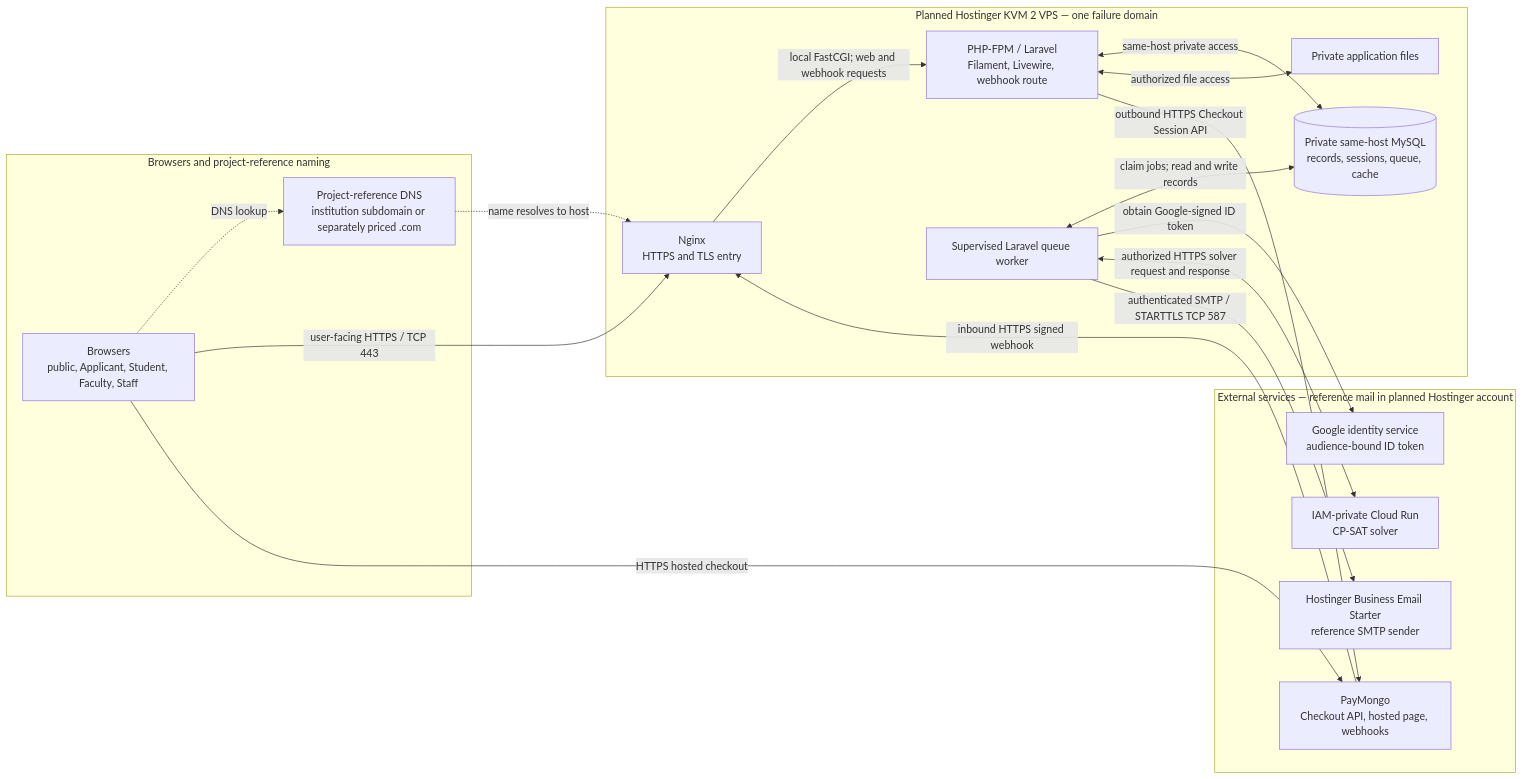
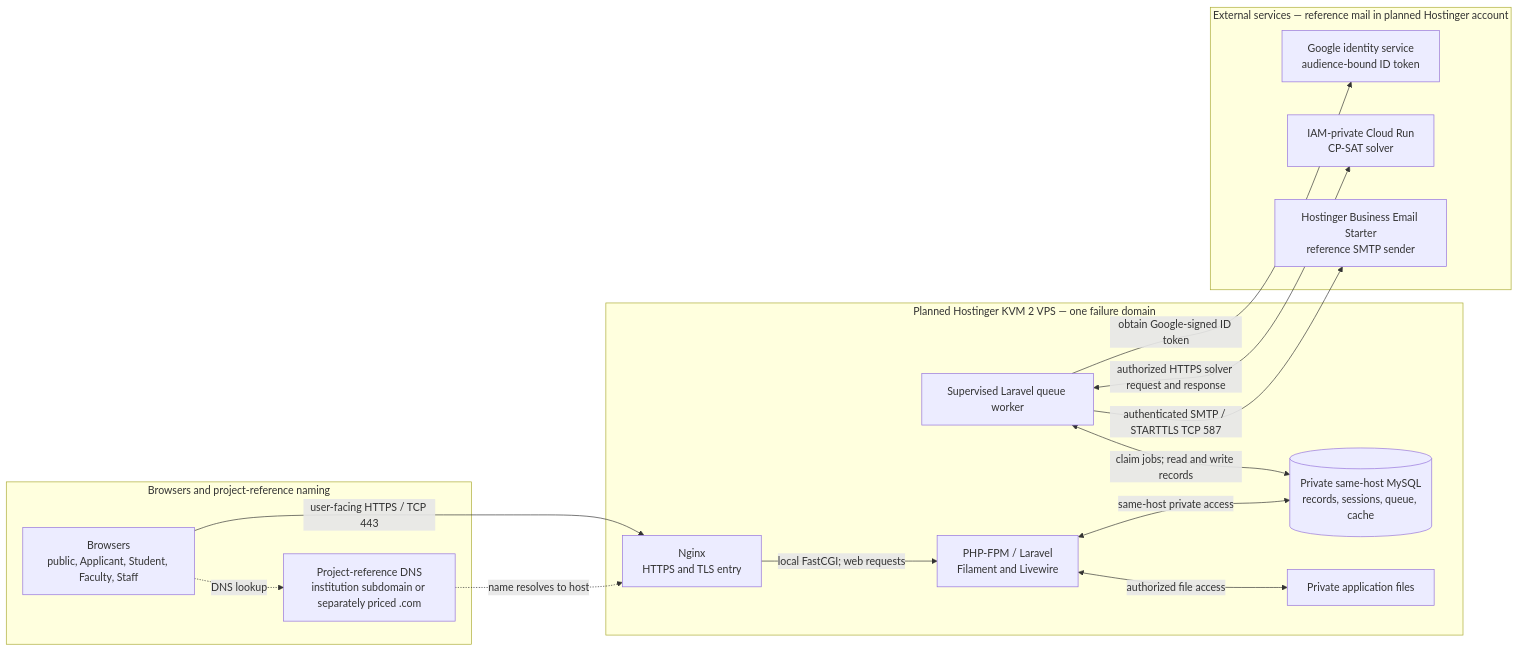
Before and after one commit to yosoykyle/SIA-TALA: the third of 5 diagrams in 00_Project_Documents/architecture_specification.md, drawn with Mermaid. The commit also changed other lines of this file and 351 other files, not shown here.

````diff
--- a/00_Project_Documents/architecture_specification.md
+++ b/00_Project_Documents/architecture_specification.md
@@ -835,36 +749,32 @@
 ```mermaid
 flowchart LR
     subgraph Clients["Browsers and project-reference naming"]
         Browser["Browsers<br/>public, Applicant, Student, Faculty, Staff"]
         DNS["Project-reference DNS<br/>institution subdomain or separately priced .com"]
     end
 
     subgraph Host["Planned Hostinger KVM 2 VPS — one failure domain"]
         Nginx["Nginx<br/>HTTPS and TLS entry"]
-        Laravel["PHP-FPM / Laravel<br/>Filament, Livewire, webhook route"]
+        Laravel["PHP-FPM / Laravel<br/>Filament and Livewire"]
         Database[("Private same-host MySQL<br/>records, sessions, queue, cache")]
         Files["Private application files"]
         Worker["Supervised Laravel queue worker"]
     end
 
     subgraph External["External services — reference mail in planned Hostinger account"]
         Identity["Google identity service<br/>audience-bound ID token"]
         Solver["IAM-private Cloud Run<br/>CP-SAT solver"]
-        PayMongo["PayMongo<br/>Checkout API, hosted page, webhooks"]
         Mail["Hostinger Business Email Starter<br/>reference SMTP sender"]
     end
 
     Browser -.->|DNS lookup| DNS
     DNS -.->|name resolves to host| Nginx
     Browser -->|user-facing HTTPS / TCP 443| Nginx
-    Nginx -->|local FastCGI; web and webhook requests| Laravel
+    Nginx -->|local FastCGI; web requests| Laravel
     Laravel <-->|same-host private access| Database
     Laravel <-->|authorized file access| Files
     Worker <-->|claim jobs; read and write records| Database
-    Laravel -->|outbound HTTPS Checkout Session API| PayMongo
-    Browser -->|HTTPS hosted checkout| PayMongo
-    PayMongo -->|inbound HTTPS signed webhook| Nginx
     Worker -->|obtain Google-signed ID token| Identity
     Worker <-->|authorized HTTPS solver request and response| Solver
     Worker -->|authenticated SMTP / STARTTLS TCP 587| Mail
 ```
````
